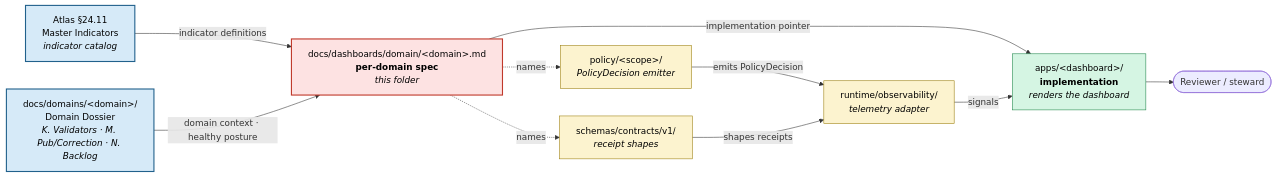
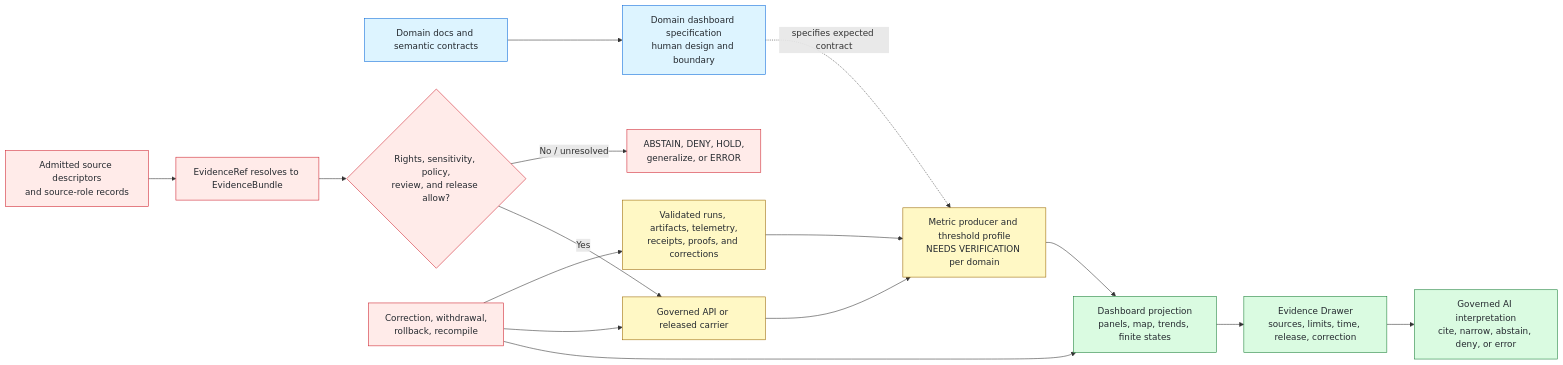
Before and after one commit to bartytime4life/Kansas-Frontier-Matrix: the diagram in docs/dashboards/domain/README.md, drawn with Mermaid. The commit also changed other lines of this file, not shown here.

Commit message:
docs(dashboards): ground domain dashboard index

````diff
--- a/docs/dashboards/domain/README.md
+++ b/docs/dashboards/domain/README.md
@@ -304,30 +435,26 @@
 ```mermaid
 flowchart LR
-  ATLAS["Atlas §24.11<br/>Master Indicators<br/><i>indicator catalog</i>"]
-  DOSSIER["docs/domains/&lt;domain&gt;/<br/>Domain Dossier<br/><i>K. Validators · M. Pub/Correction · N. Backlog</i>"]
-  SPEC["docs/dashboards/domain/&lt;domain&gt;.md<br/><b>per-domain spec</b><br/><i>this folder</i>"]
-  POLICY["policy/&lt;scope&gt;/<br/><i>PolicyDecision emitter</i>"]
-  SCHEMA["schemas/contracts/v1/<br/><i>receipt shapes</i>"]
-  TELEMETRY["runtime/observability/<br/><i>telemetry adapter</i>"]
-  APP["apps/&lt;dashboard&gt;/<br/><b>implementation</b><br/><i>renders the dashboard</i>"]
-  USER([Reviewer / steward])
+  DOCS["Domain docs and semantic contracts"] --> DESIGN["Domain dashboard specification<br/>human design and boundary"]
+  SOURCES["Admitted source descriptors<br/>and source-role records"] --> EVIDENCE["EvidenceRef resolves to EvidenceBundle"]
+  RUNS["Validated runs, artifacts, telemetry,<br/>receipts, proofs, and corrections"] --> MEASURE["Metric producer and threshold profile<br/>NEEDS VERIFICATION per domain"]
+  EVIDENCE --> POLICY{"Rights, sensitivity, policy,<br/>review, and release allow?"}
+  POLICY -- "No / unresolved" --> NEGATIVE["ABSTAIN, DENY, HOLD,<br/>generalize, or ERROR"]
+  POLICY -- "Yes" --> API["Governed API or released carrier"]
+  API --> MEASURE
+  DESIGN -. "specifies expected contract" .-> MEASURE
+  MEASURE --> DASH["Dashboard projection<br/>panels, map, trends, finite states"]
+  DASH --> DRAWER["Evidence Drawer<br/>sources, limits, time, release, correction"]
+  DRAWER --> AI["Governed AI interpretation<br/>cite, narrow, abstain, deny, or error"]
+  CORRECT["Correction, withdrawal,<br/>rollback, recompile"] --> RUNS
+  CORRECT --> API
+  CORRECT --> DASH
 
-  ATLAS -- "indicator definitions" --> SPEC
-  DOSSIER -- "domain context · healthy posture" --> SPEC
-  SPEC -- "implementation pointer" --> APP
-  SPEC -. "names" .-> SCHEMA
-  SPEC -. "names" .-> POLICY
-  POLICY -- "emits PolicyDecision" --> TELEMETRY
-  SCHEMA -- "shapes receipts" --> TELEMETRY
-  TELEMETRY -- "signals" --> APP
-  APP --> USER
-
-  classDef doctrine fill:#d6eaf8,stroke:#21618c,color:#000,stroke-width:2px;
-  classDef spec fill:#fde2e2,stroke:#c0392b,color:#000,stroke-width:2px;
-  classDef machinery fill:#fcf3cf,stroke:#9a7d0a,color:#000;
-  classDef impl fill:#d5f5e3,stroke:#1e8449,color:#000;
-  class ATLAS,DOSSIER doctrine;
-  class SPEC spec;
-  class POLICY,SCHEMA,TELEMETRY machinery;
-  class APP impl;
+  classDef docs fill:#ddf4ff,stroke:#0969da,color:#24292f;
+  classDef trust fill:#ffebe9,stroke:#cf222e,color:#24292f;
+  classDef runtime fill:#fff8c5,stroke:#9a6700,color:#24292f;
+  classDef public fill:#dafbe1,stroke:#1a7f37,color:#24292f;
+  class DOCS,DESIGN docs;
+  class SOURCES,EVIDENCE,POLICY,NEGATIVE,CORRECT trust;
+  class RUNS,MEASURE,API runtime;
+  class DASH,DRAWER,AI public;
 ```
````
